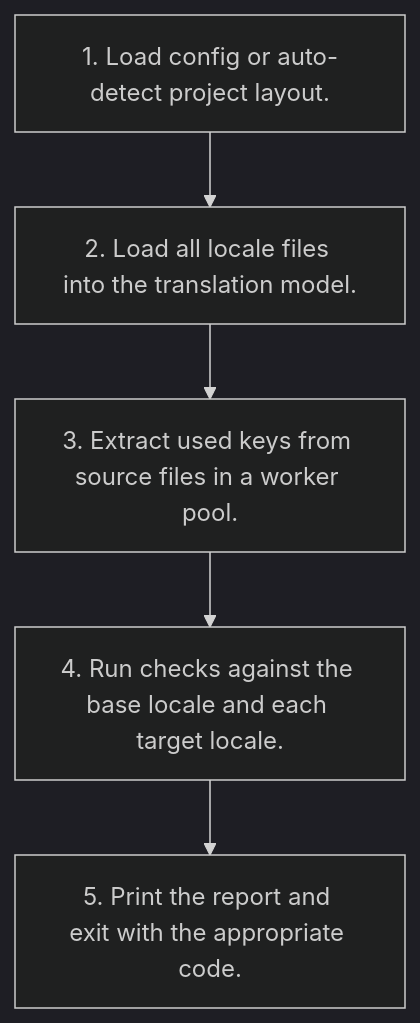
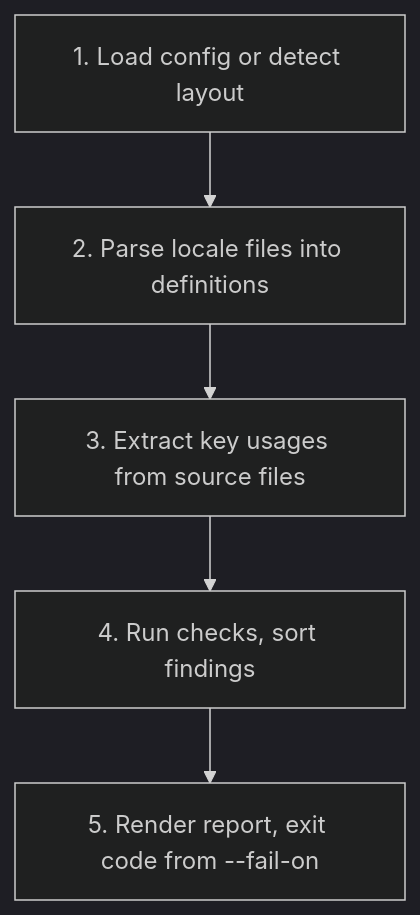
The diagram in docs/ARCHITECTURE.md (yagnang-vyas/i18n-drift), drawn with Mermaid (dark theme) before and after one commit. The commit also changed other lines of this file and 8 other files, not shown here.

````diff
--- a/docs/ARCHITECTURE.md
+++ b/docs/ARCHITECTURE.md
@@ -29,12 +42,12 @@
 ```mermaid
 flowchart TD
-    S0["1. Load config or auto-detect project layout."]
-    S1["2. Load all locale files into the translation model."]
-    S2["3. Extract used keys from source files in a worker pool."]
-    S3["4. Run checks against the base locale and each target locale."]
-    S4["5. Print the report and exit with the appropriate code."]
+    S0["1. Load config or detect layout"]
+    S1["2. Parse locale files into definitions"]
+    S2["3. Extract key usages from source files"]
+    S3["4. Run checks, sort findings"]
+    S4["5. Render report, exit code from --fail-on"]
     S0 --> S1
     S1 --> S2
     S2 --> S3
     S3 --> S4
 ```
````
